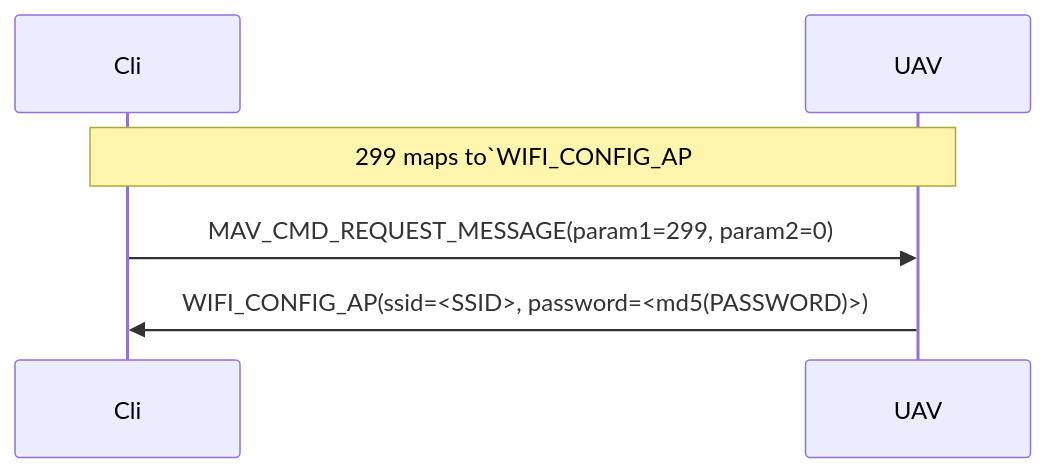
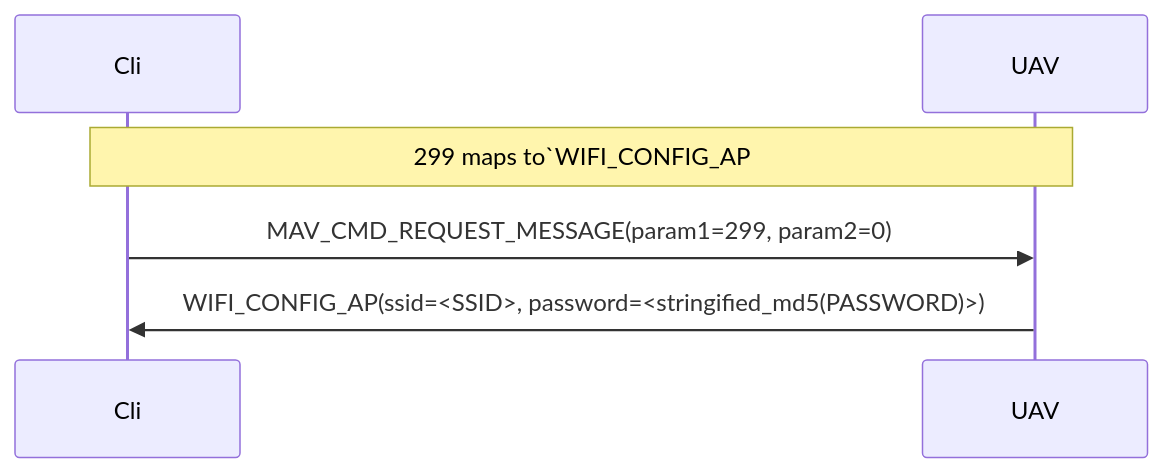
One commit to geoscan/pioneer_sdk changed the fifth of 6 diagrams in pioneer_sdk/mavsub/README.md. Above: the diagram before and after it, drawn with Mermaid. The commit also changed other lines of this file, not shown here.

Commit message:
[mavsub:README] Build | `stringified_md5`, description thereof

````diff
--- a/pioneer_sdk/mavsub/README.md
+++ b/pioneer_sdk/mavsub/README.md
@@ -128,9 +141,9 @@
 ```mermaid
 sequenceDiagram
 	participant Cli
 	participant UAV
 
 	note over Cli, UAV: 299 maps to`WIFI_CONFIG_AP
 	Cli ->> UAV: MAV_CMD_REQUEST_MESSAGE(param1=299, param2=0)
-	UAV ->> Cli: WIFI_CONFIG_AP(ssid=<SSID>, password=<md5(PASSWORD)>)
+	UAV ->> Cli: WIFI_CONFIG_AP(ssid=<SSID>, password=<stringified_md5(PASSWORD)>)
 ```
````
